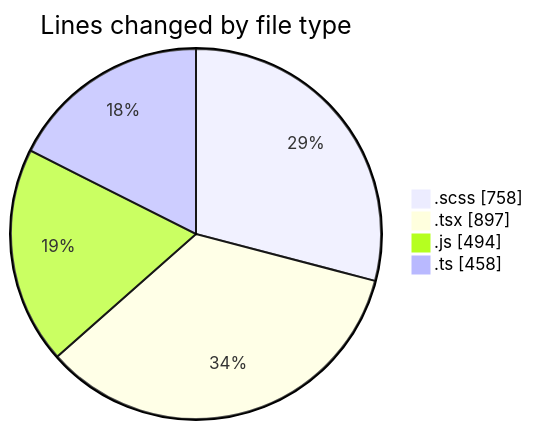
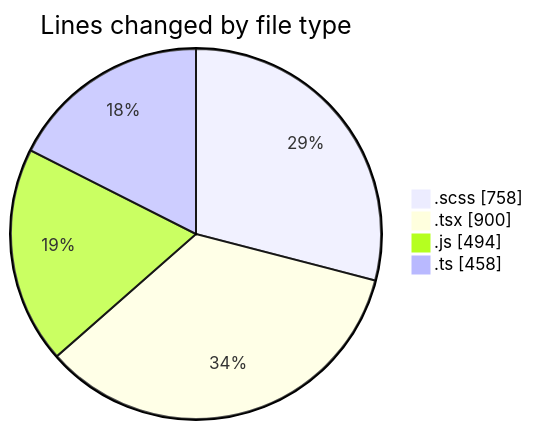
Before and after one commit to momahboobian/code-tracking: the first of 2 diagrams in 2025-03-14/cda/README.md, drawn with Mermaid. The commit also changed other lines of this file and 1 other file, not shown here.

````diff
--- a/2025-03-14/cda/README.md
+++ b/2025-03-14/cda/README.md
@@ -34,8 +34,8 @@
 ```mermaid
 pie showData
 title Lines changed by file type
 ".scss" : 758
-".tsx" : 897
+".tsx" : 900
 ".js" : 494
 ".ts" : 458
 ```
````
